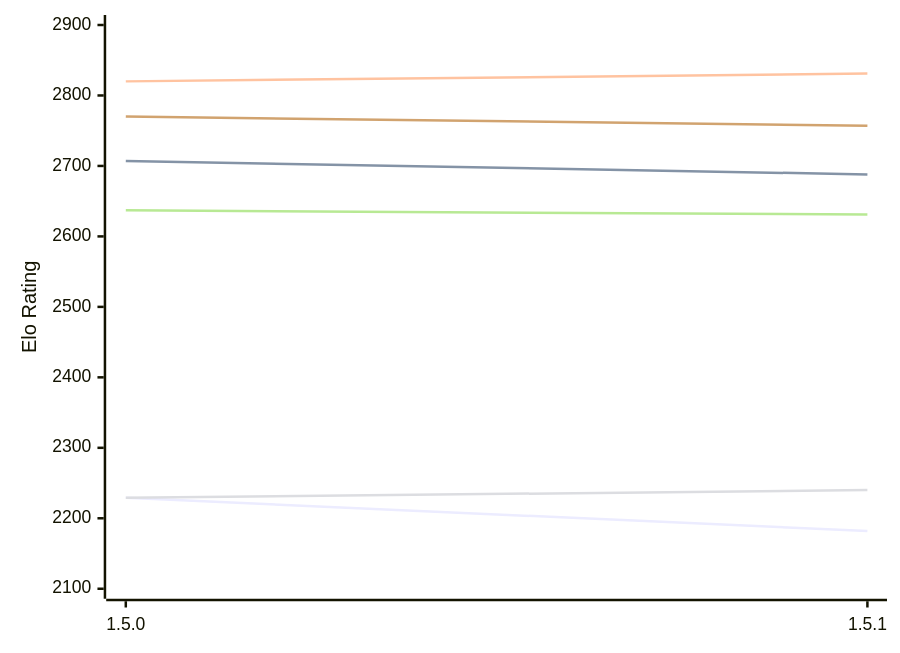
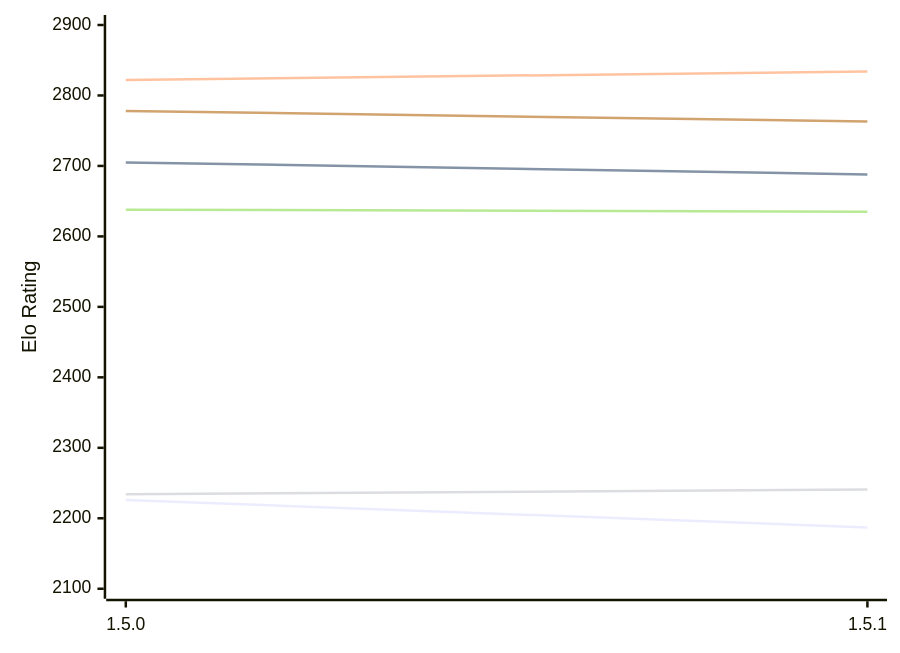
One commit to computer-chess-index/cci changed the first of 2 diagrams in engines/Coco.md. Above: the diagram before and after it, drawn with Mermaid. The commit also changed other lines of this file, not shown here.

Commit message:
Update CCI Ratings (ELO VLTC) - 2026-11-17

````diff
--- a/engines/Coco.md
+++ b/engines/Coco.md
@@ -50,12 +50,12 @@
 ```mermaid
 %%{init: {"theme":"base","themeVariables":{"seriesColors:['#a3a3a3','#222221','#faa371']}}}%%
 xychart-beta
   x-axis ["1.5.0", "1.5.1"]
   y-axis "Elo Rating" 2100 --> 2900
-  line "E1: STC (8.0+0.08s)" [2229, 2182]
-  line "E1: LTC (60.0+0.60s)" [2707, 2688]
-  line "E1: VLTC (2m24s+1.12s)" [2820, 2831]
-  line "P1: STC (8.0+0.08s)" [2229, 2240]
-  line "P1: LTC (60.0+0.60s)" [2637, 2631]
-  line "P1: VLTC (2m24s+1.12s)" [2770, 2757]
+  line "E1: STC (8.0+0.08s)" [2226, 2187]
+  line "E1: LTC (60.0+0.60s)" [2705, 2688]
+  line "E1: VLTC (2m24s+1.12s)" [2822, 2834]
+  line "P1: STC (8.0+0.08s)" [2234, 2241]
+  line "P1: LTC (60.0+0.60s)" [2638, 2635]
+  line "P1: VLTC (2m24s+1.12s)" [2778, 2763]
 ```
````
